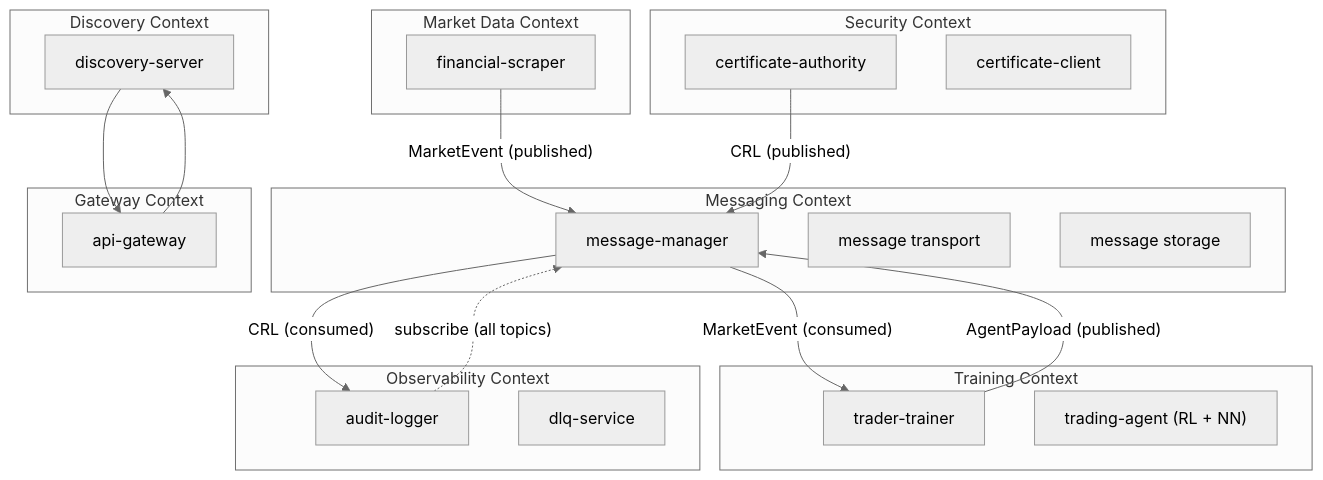
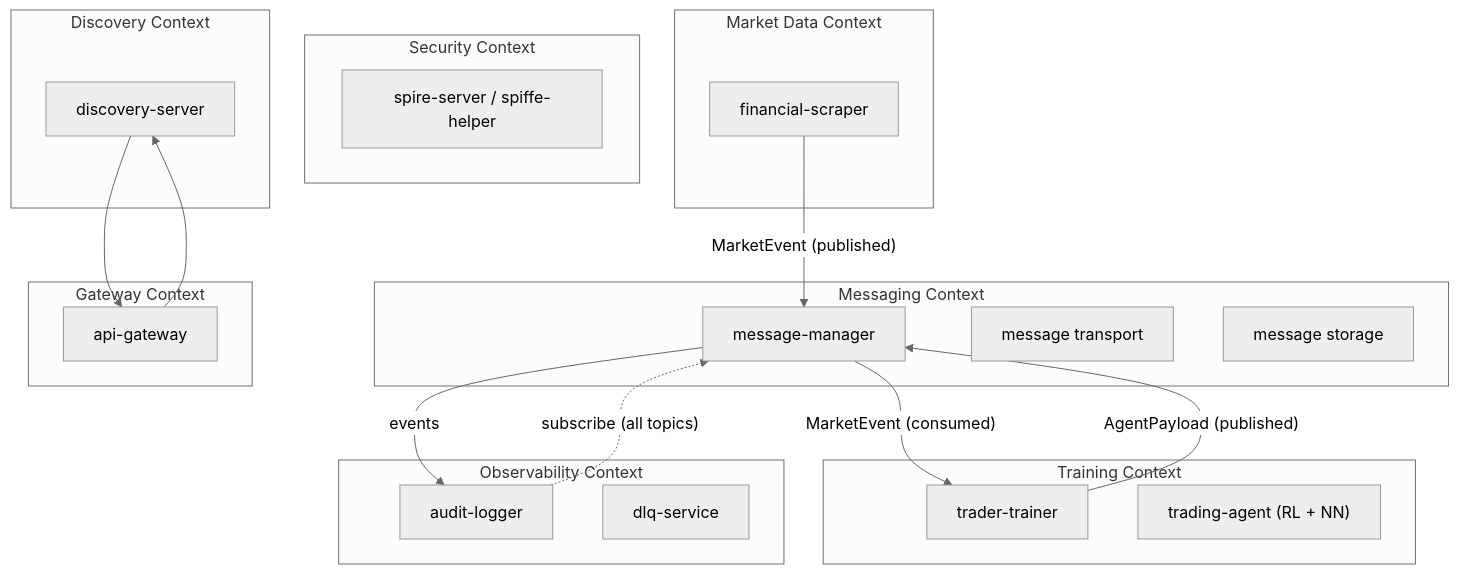
Before and after one commit to docteur-turboss/trading-model: the diagram in docs/architecture/bounded-contexts.md, drawn with Mermaid (neutral theme). The commit also changed other lines of this file and 71 other files, not shown here.

````diff
--- a/docs/architecture/bounded-contexts.md
+++ b/docs/architecture/bounded-contexts.md
@@ -7,38 +7,36 @@
 ```mermaid
 graph TD
     subgraph "Market Data Context"
         FS["financial-scraper"]
     end
     subgraph "Training Context"
         TT["trader-trainer"]
         TS["trading-agent (RL + NN)"]
     end
     subgraph "Messaging Context"
         MM["message-manager"]
         MT["message transport"]
         MSG["message storage"]
     end
     subgraph "Security Context"
-        CA["certificate-authority"]
-        CT["certificate-client"]
+        SP["spire-server / spiffe-helper"]
     end
     subgraph "Discovery Context"
         DS["discovery-server"]
     end
     subgraph "Observability Context"
         AL["audit-logger"]
         DLQ["dlq-service"]
     end
     subgraph "Gateway Context"
         GW["api-gateway"]
     end
 
     FS -->|"MarketEvent (published)"| MM
     MM -->|"MarketEvent (consumed)"| TT
     TT -->|"AgentPayload (published)"| MM
-    CA -->|"CRL (published)"| MM
-    MM -->|"CRL (consumed)"| AL
+    MM -->|"events"| AL
     AL -.->|"subscribe (all topics)"| MM
     DS --> GW
     GW --> DS
 ```
````
